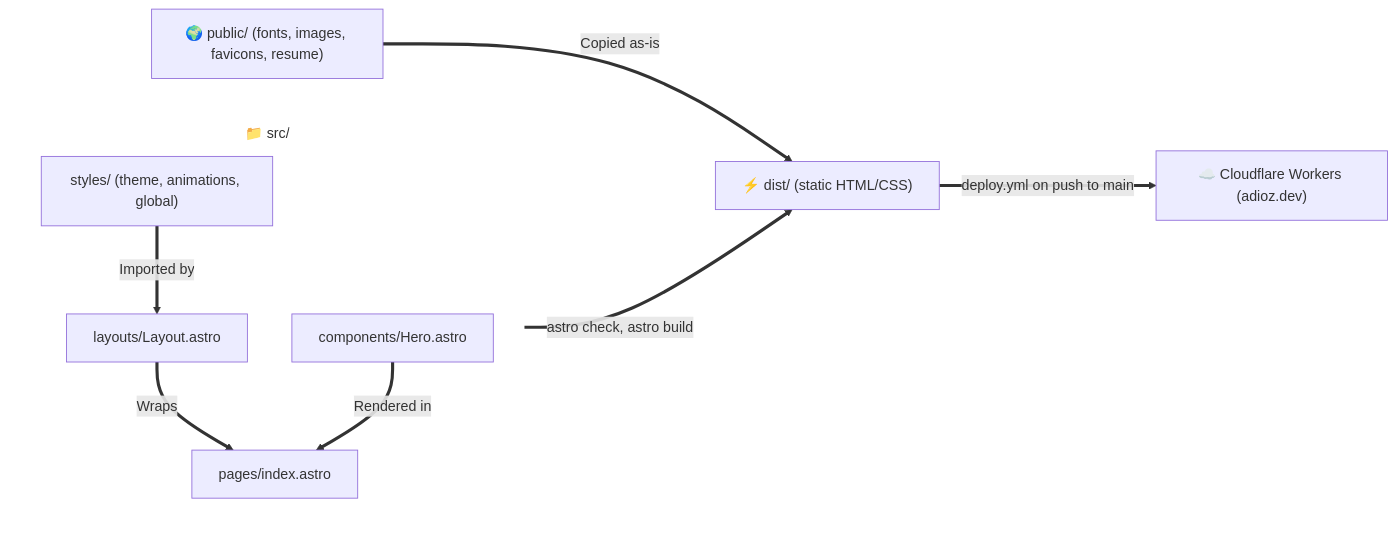
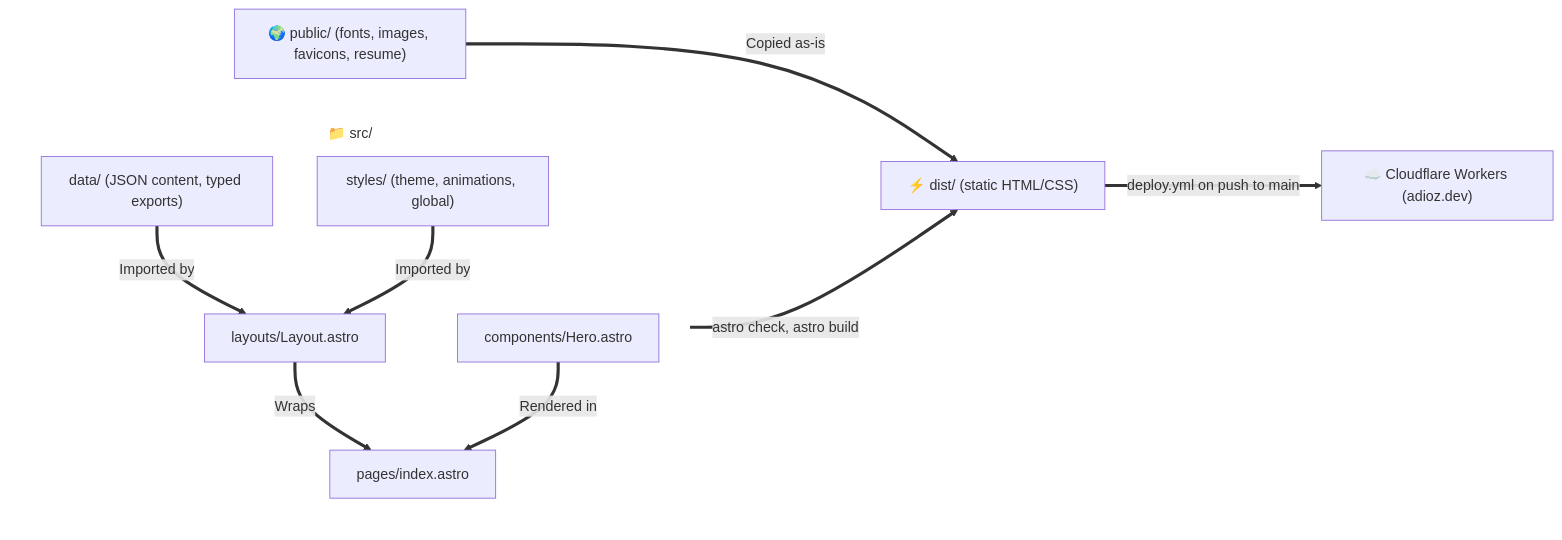
One commit to adiozeshitemi/adioz-profile changed the diagram in docs/architecture.md. Above: the diagram before and after it, drawn with Mermaid. The commit also changed other lines of this file and 2 other files, not shown here.

First line of the commit message:
docs: document the layout metadata and color schemes

````diff
--- a/docs/architecture.md
+++ b/docs/architecture.md
@@ -9,23 +9,25 @@
 ```mermaid
 flowchart LR
     %% Define invisible styling for subgraphs to remove backgrounds and borders
     classDef transparent fill:none,stroke:none;
 
     subgraph Src ["📁 src/"]
         direction TB
+        Data["data/ (JSON content, typed exports)"]
         Styles["styles/ (theme, animations, global)"]
         Layout["layouts/Layout.astro"]
         Hero["components/Hero.astro"]
         Page["pages/index.astro"]
     end
 
+    Data ==>|Imported by| Layout
     Styles ==>|Imported by| Layout
     Layout ==>|Wraps| Page
     Hero ==>|Rendered in| Page
     Page ==>|astro check, astro build| Dist["⚡ dist/ (static HTML/CSS)"]
     Public["🌍 public/ (fonts, images, favicons, resume)"] ==>|Copied as-is| Dist
     Dist ==>|deploy.yml on push to main| Workers["☁️ Cloudflare Workers (adioz.dev)"]
 
     %% Apply transparent class to subgraphs
     class Src transparent;
 ```
````
